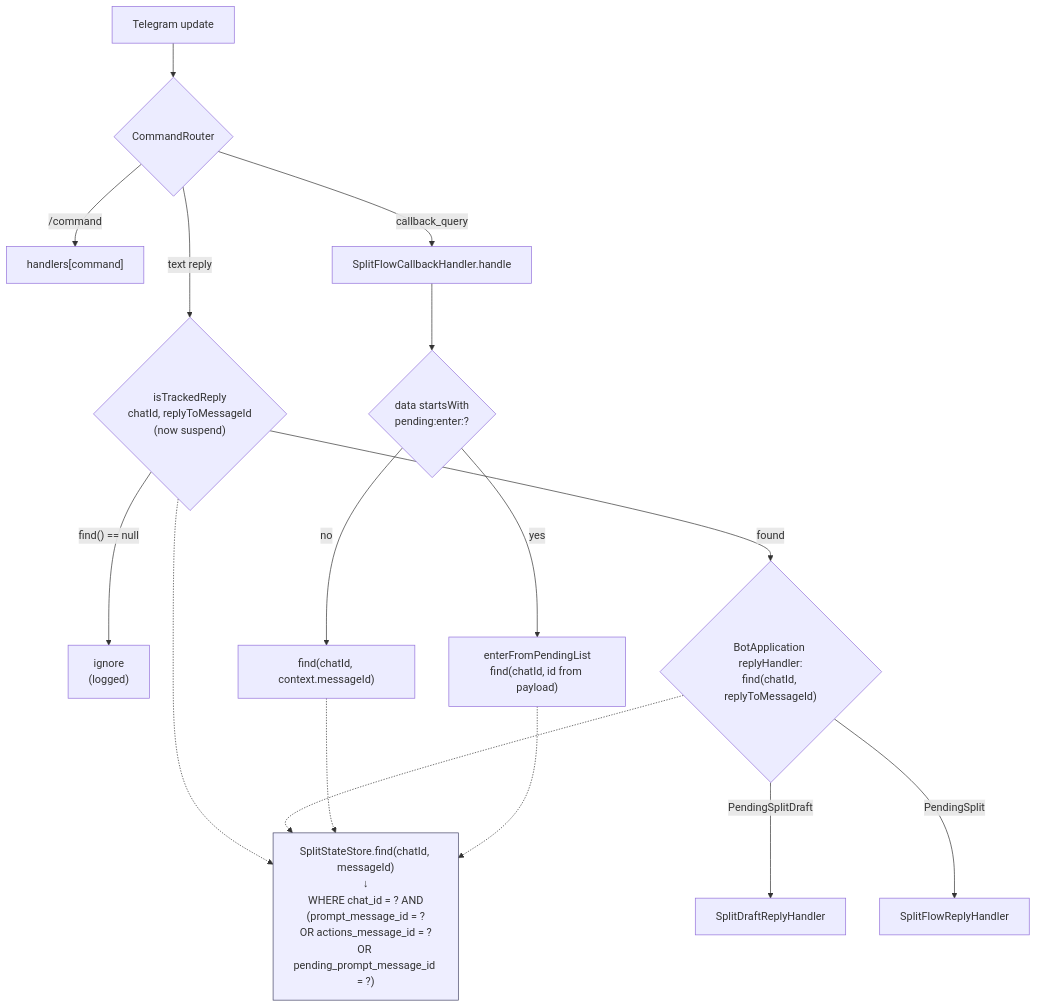
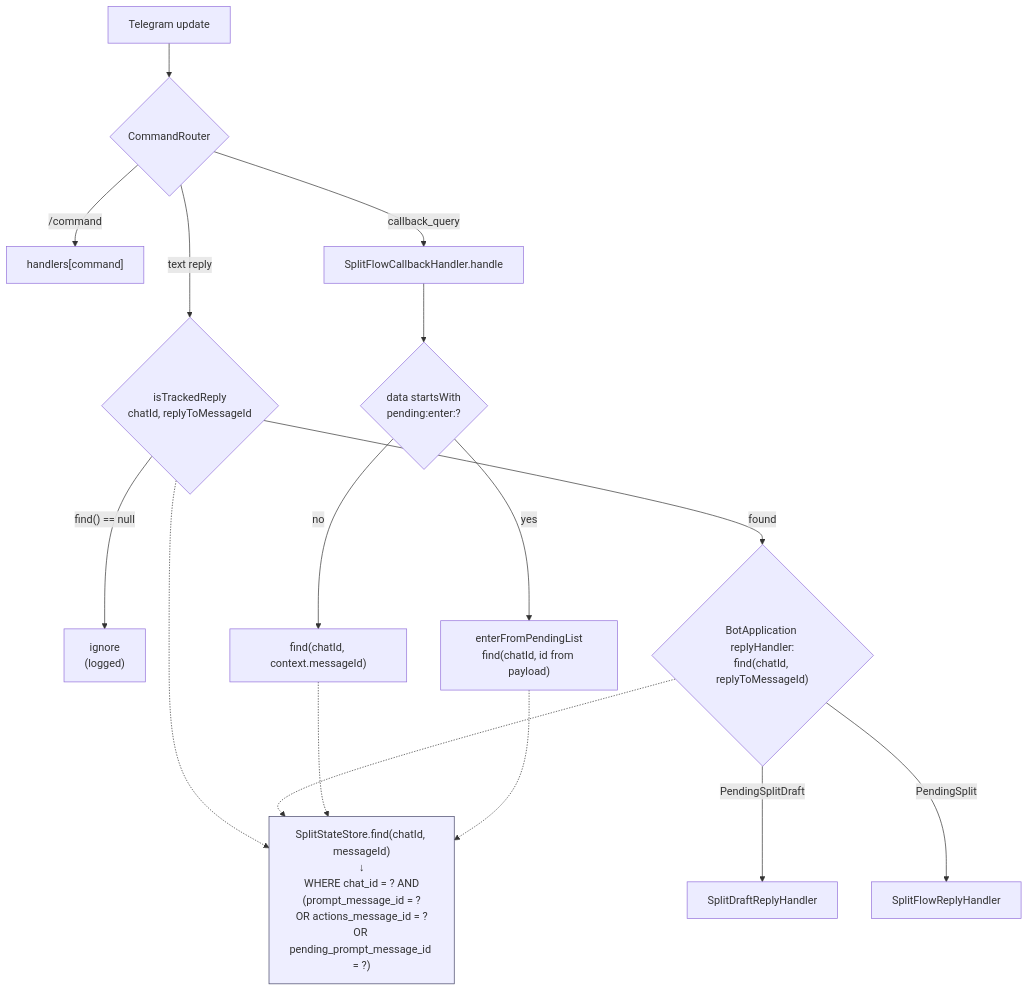
The third of 7 diagrams in docs/split-flow.md (molokoka/split-bot), drawn with Mermaid before and after one commit. The commit also changed other lines of this file, not shown here.

First line of the commit message:
Make split-flow.md a walkthrough of the flow, not of the change

````diff
--- a/docs/split-flow.md
+++ b/docs/split-flow.md
@@ -86,26 +83,26 @@
 ```mermaid
 flowchart TD
     U["Telegram update"] --> R{"CommandRouter"}
 
     R -->|"/command"| C["handlers[command]"]
     R -->|"callback_query"| CB["SplitFlowCallbackHandler.handle"]
-    R -->|"text reply"| T{"isTrackedReply<br/>chatId, replyToMessageId<br/>(now suspend)"}
+    R -->|"text reply"| T{"isTrackedReply<br/>chatId, replyToMessageId"}
 
     T -->|"find() == null"| DROP["ignore<br/>(logged)"]
     T -->|"found"| D{"BotApplication replyHandler:<br/>find(chatId, replyToMessageId)"}
     D -->|"PendingSplitDraft"| DR["SplitDraftReplyHandler"]
     D -->|"PendingSplit"| FR["SplitFlowReplyHandler"]
 
     CB --> CBF{"data startsWith<br/>pending:enter:?"}
     CBF -->|"yes"| PE["enterFromPendingList<br/>find(chatId, id from payload)"]
     CBF -->|"no"| CBN["find(chatId, context.messageId)"]
 
     find["SplitStateStore.find(chatId, messageId)<br/>↓<br/>WHERE chat_id = ? AND<br/>(prompt_message_id = ?<br/>OR actions_message_id = ?<br/>OR pending_prompt_message_id = ?)"]
 
     T -.-> find
     D -.-> find
     CBN -.-> find
     PE -.-> find
 
     style find fill:#eef,stroke:#446
 ```
````
